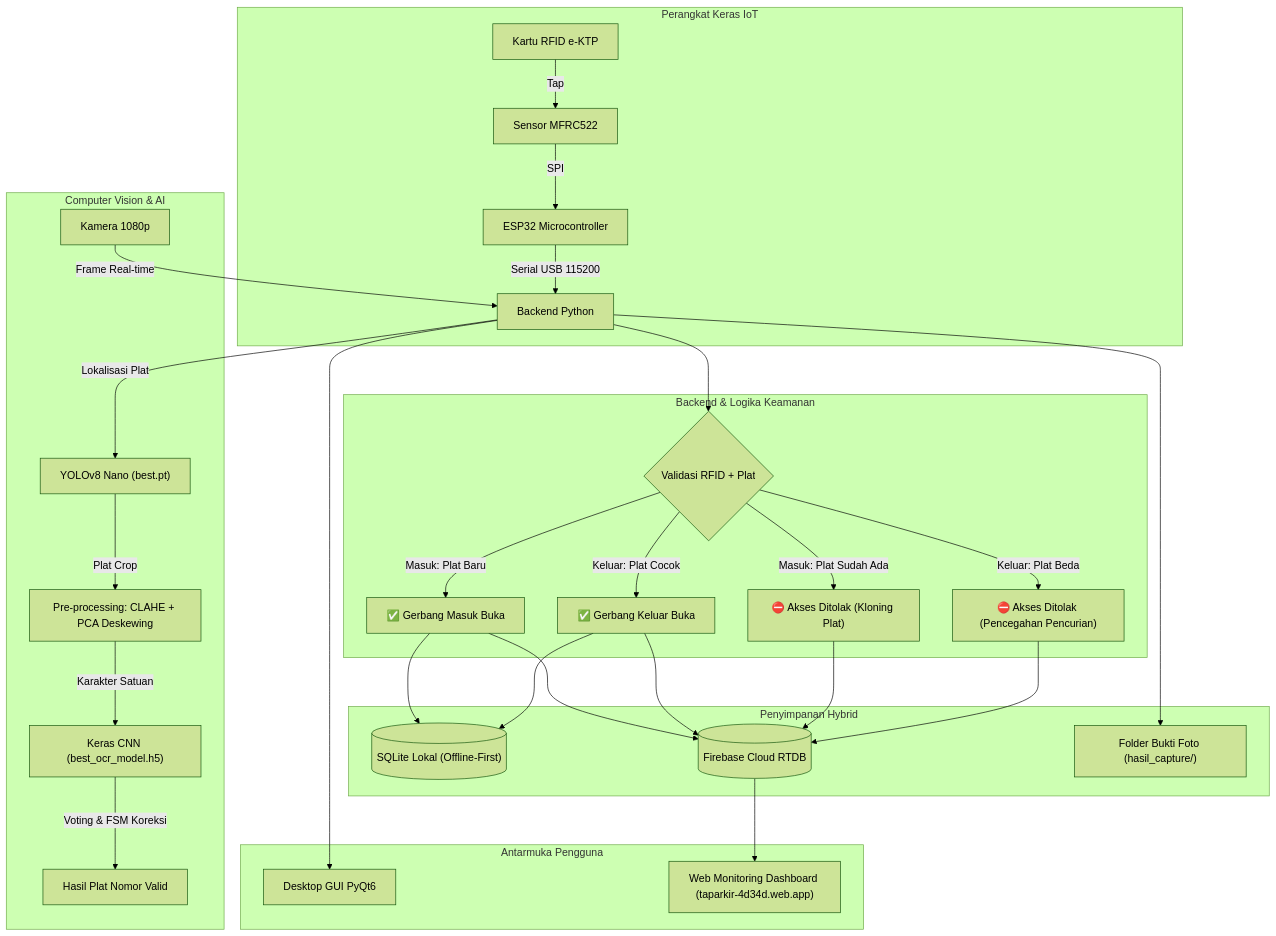
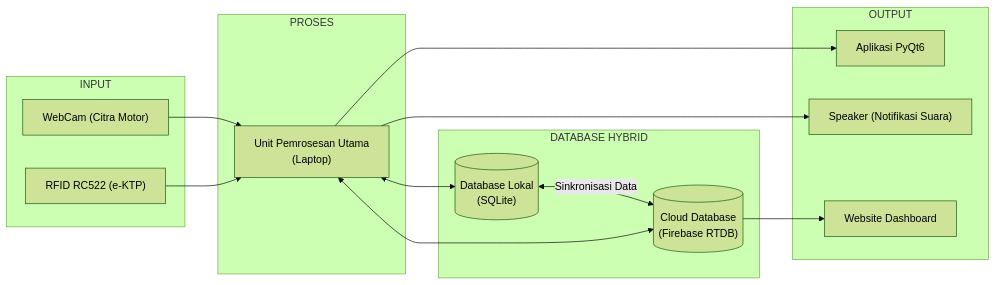
The first of 2 diagrams in README.md (EdvanVPRoject/Sistem-parkir-pintar-berbasis-visi-komputer-berbasis-iot-menggunakan-metode-yolo), drawn with Mermaid (forest theme) before and after one commit. The commit also changed other lines of this file and 8 other files, not shown here.

Commit message:
docs: adaptasi penuh diagram arsitektur skripsi bab 3 & penyesuaian khusus sepeda motor

````diff
--- a/README.md
+++ b/README.md
@@ -49,35 +66,31 @@
 ```mermaid
-flowchart TD
-    subgraph IoT["Perangkat Keras IoT"]
-        A[Kartu RFID e-KTP] -->|Tap| B[Sensor MFRC522]
-        B -->|SPI| C[ESP32 Microcontroller]
-        C -->|Serial USB 115200| D[Backend Python]
+flowchart LR
+    subgraph INPUT["INPUT"]
+        Cam["WebCam (Citra Motor)"]
+        RFID["RFID RC522 (e-KTP)"]
     end
 
-    subgraph Vision["Computer Vision & AI"]
-        Cam[Kamera 1080p] -->|Frame Real-time| D
-        D -->|Lokalisasi Plat| YOLO["YOLOv8 Nano (best.pt)"]
-        YOLO -->|Plat Crop| Preprocess["Pre-processing: CLAHE + PCA Deskewing"]
-        Preprocess -->|Karakter Satuan| CNN["Keras CNN (best_ocr_model.h5)"]
-        CNN -->|Voting & FSM Koreksi| PlateResult["Hasil Plat Nomor Valid"]
+    subgraph PROSES["PROSES"]
+        CPU["Unit Pemrosesan Utama\n(Laptop)"]
     end
 
-    subgraph Core["Backend & Logika Keamanan"]
-        D --> Match{"Validasi RFID + Plat"}
-        Match -->|Masuk: Plat Baru| AllowIn["✅ Gerbang Masuk Buka"]
-        Match -->|Masuk: Plat Sudah Ada| DenyIn["⛔ Akses Ditolak (Kloning Plat)"]
-        Match -->|Keluar: Plat Cocok| AllowOut["✅ Gerbang Keluar Buka"]
-        Match -->|Keluar: Plat Beda| DenyOut["⛔ Akses Ditolak (Pencegahan Pencurian)"]
+    subgraph DATABASE["DATABASE HYBRID"]
+        DBLoc[("Database Lokal\n(SQLite)")]
+        DBCli[("Cloud Database\n(Firebase RTDB)")]
+        DBLoc <-->|Sinkronisasi Data| DBCli
     end
 
-    subgraph Storage["Penyimpanan Hybrid"]
-        AllowIn & AllowOut --> SQLite[("SQLite Lokal (Offline-First)")]
-        AllowIn & AllowOut & DenyIn & DenyOut --> Cloud[("Firebase Cloud RTDB")]
-        D --> LocalDisk["Folder Bukti Foto (hasil_capture/)"]
+    subgraph OUTPUT["OUTPUT"]
+        GUI["Aplikasi PyQt6"]
+        SPK["Speaker (Notifikasi Suara)"]
+        WEB["Website Dashboard"]
     end
 
-    subgraph UI["Antarmuka Pengguna"]
-        D --> GUI["Desktop GUI PyQt6"]
-        Cloud --> Web["Web Monitoring Dashboard (taparkir-4d34d.web.app)"]
-    end
+    Cam --> CPU
+    RFID --> CPU
+    CPU <--> DBLoc
+    CPU <--> DBCli
+    CPU --> GUI
+    CPU --> SPK
+    DBCli --> WEB
 ```
````
